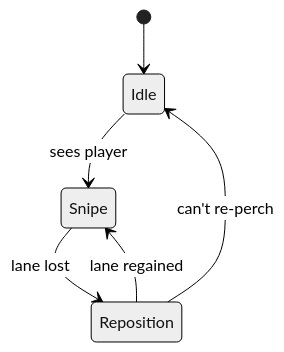
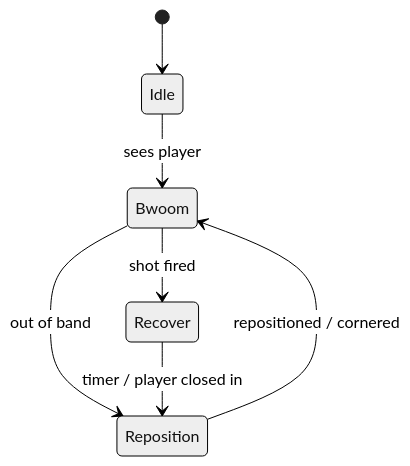
One commit to lownpho/mages changed diagram 21 of 51 in design/docs/enemies.md. Above: the diagram before and after it, drawn with Mermaid (neutral theme). The commit also changed other lines of this file and 21 other files, not shown here.

````diff
--- a/design/docs/enemies.md
+++ b/design/docs/enemies.md
@@ -612,8 +634,9 @@
 ```mermaid
 stateDiagram-v2
     [*] --> Idle
-    Idle --> Snipe : sees player
-    Snipe --> Reposition : lane lost
-    Reposition --> Snipe : lane regained
-    Reposition --> Idle : can't re-perch
+    Idle --> Bwoom : sees player
+    Bwoom --> Recover : shot fired
+    Bwoom --> Reposition : out of band
+    Recover --> Reposition : timer / player closed in
+    Reposition --> Bwoom : repositioned / cornered
 ```
````
